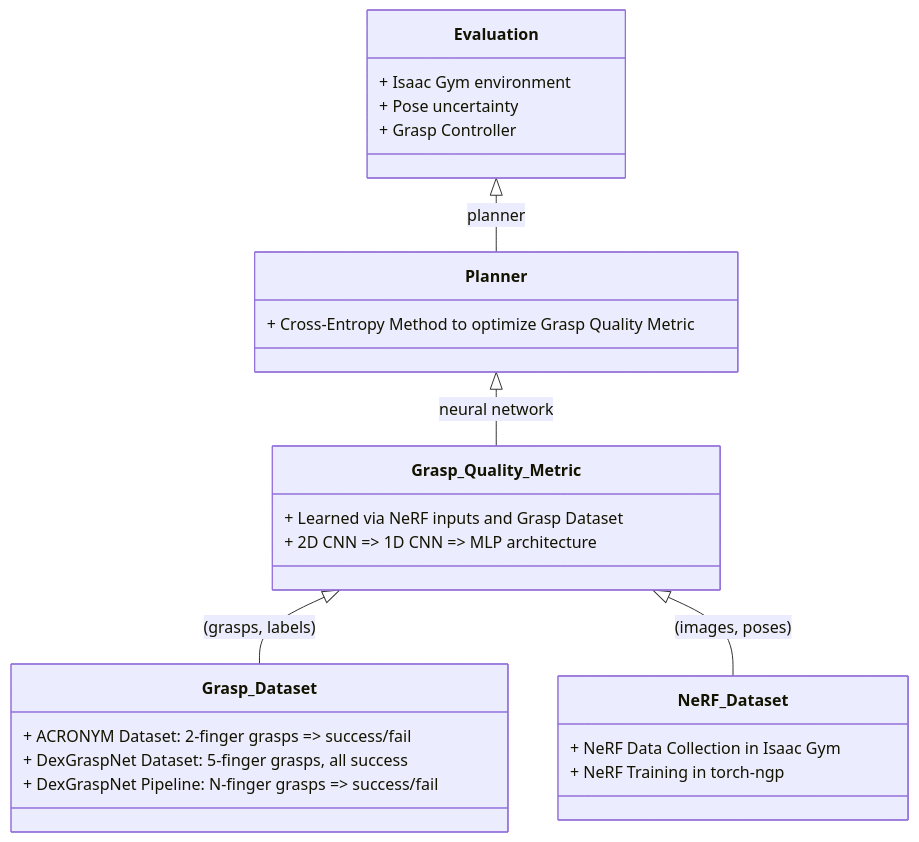
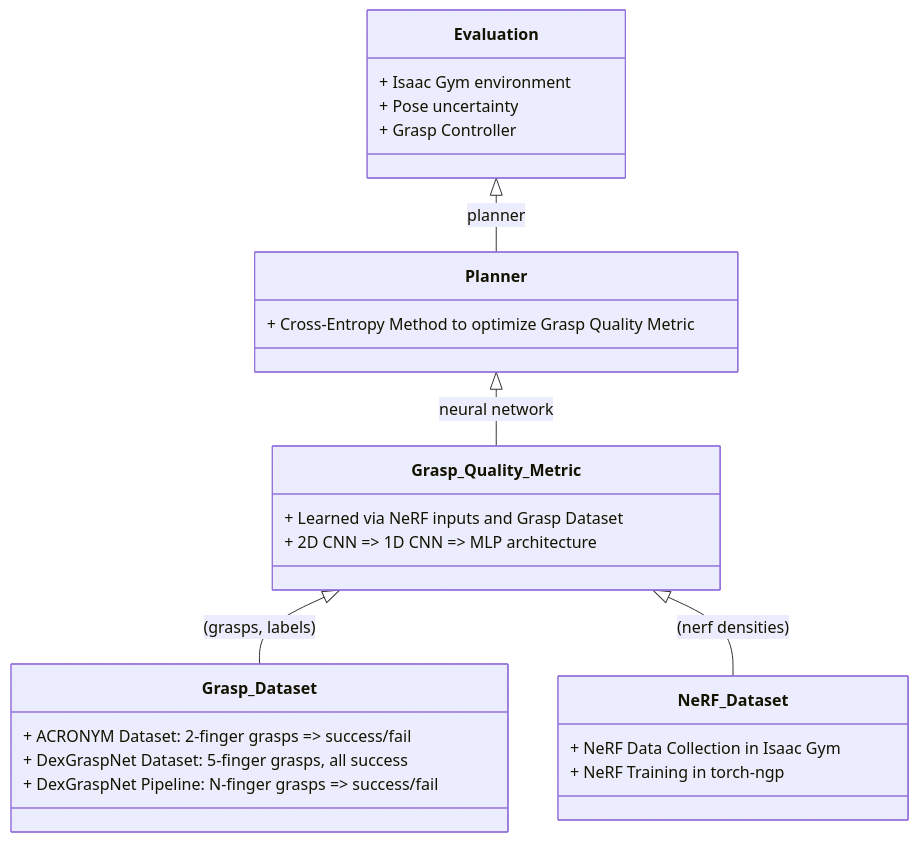
One commit to tylerlum/nerf_grasping changed the first of 6 diagrams in README.md. Above: the diagram before and after it, drawn with Mermaid.

````diff
--- a/README.md
+++ b/README.md
@@ -10,29 +10,29 @@
 ```mermaid
 classDiagram
     Grasp_Quality_Metric <|-- Grasp_Dataset: (grasps, labels)
-    Grasp_Quality_Metric <|-- NeRF_Dataset: (images, poses)
+    Grasp_Quality_Metric <|-- NeRF_Dataset: (nerf densities)
     Planner <|-- Grasp_Quality_Metric: neural network
     Evaluation <|-- Planner: planner
  
     class Grasp_Dataset{
       + ACRONYM Dataset: 2-finger grasps => success/fail 
       + DexGraspNet Dataset: 5-finger grasps, all success
       + DexGraspNet Pipeline:  N-finger grasps => success/fail
     }
     class NeRF_Dataset{
       + NeRF Data Collection in Isaac Gym
       + NeRF Training in torch-ngp
     }
     class Grasp_Quality_Metric{
       + Learned via NeRF inputs and Grasp Dataset
       + 2D CNN => 1D CNN => MLP architecture
     }
     class Planner{
       + Cross-Entropy Method to optimize Grasp Quality Metric
     }
     class Evaluation{
       + Isaac Gym environment
       + Pose uncertainty
       + Grasp Controller
     }
 ```
````
